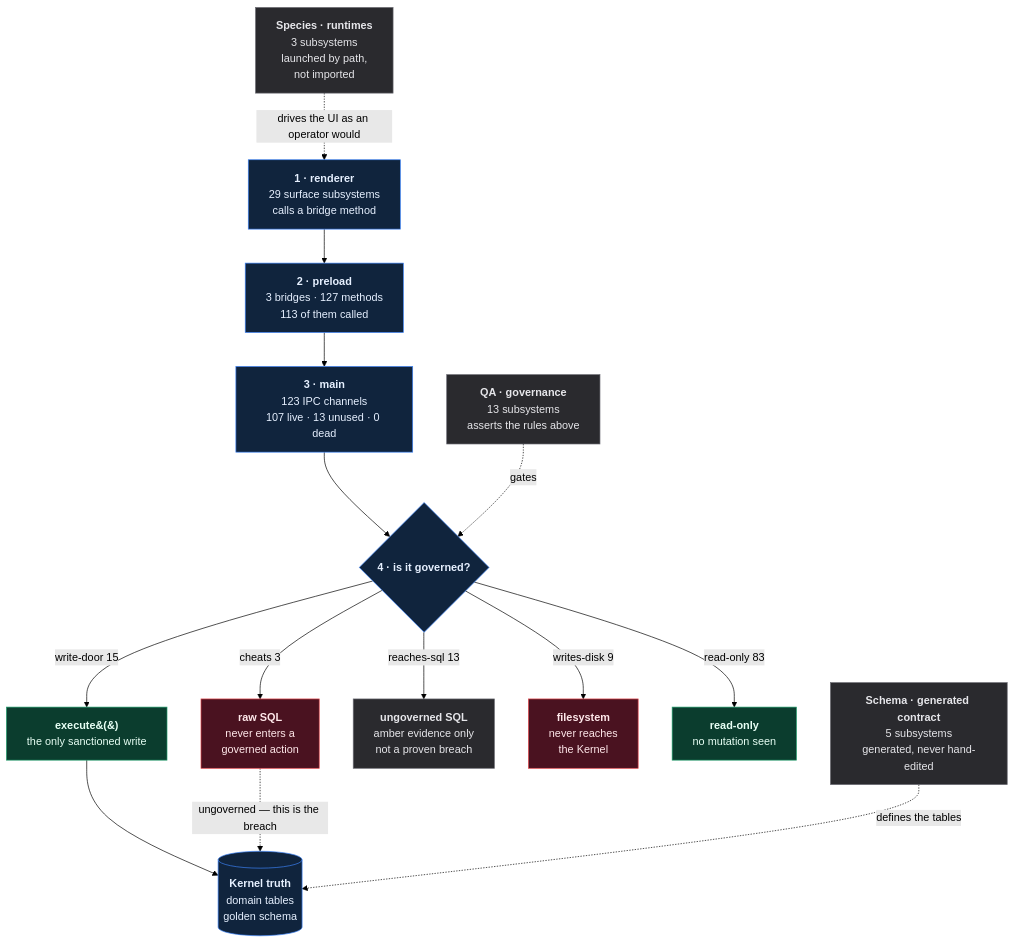
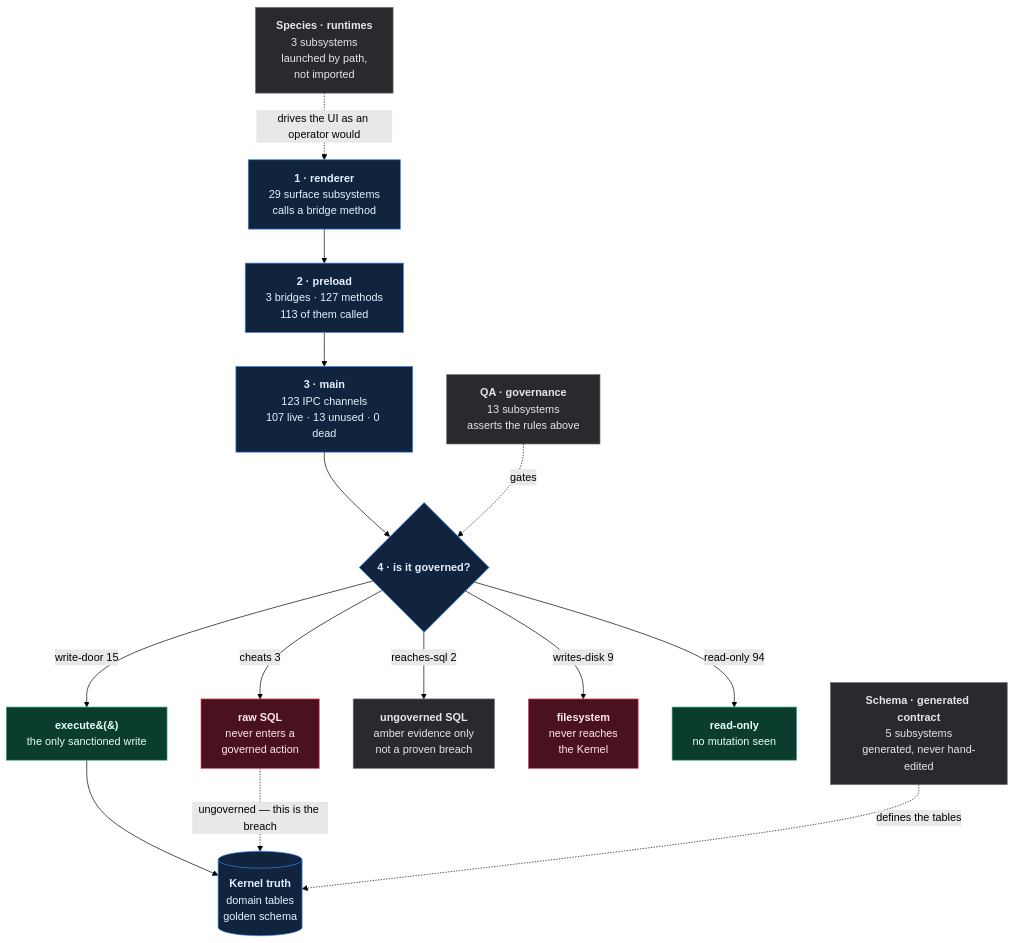
Before and after one commit to SidNig21/QuantFlow-Ontology: the diagram in qf-atlas/ATLAS.md, drawn with Mermaid (forest theme). The commit also changed other lines of this file and 6 other files, not shown here.

````diff
--- a/qf-atlas/ATLAS.md
+++ b/qf-atlas/ATLAS.md
@@ -32,38 +32,38 @@
 ```mermaid
 flowchart TD
   R["<b>1 · renderer</b><br/>29 surface subsystems<br/>calls a bridge method"]
   P["<b>2 · preload</b><br/>3 bridges · 127 methods<br/>113 of them called"]
   M["<b>3 · main</b><br/>123 IPC channels<br/>107 live · 13 unused · 0 dead"]
   H{"<b>4 · is it governed?</b>"}
   E["<b>execute&#40;&#41;</b><br/>the only sanctioned write"]
   DB[("<b>Kernel truth</b><br/>domain tables<br/>golden schema")]
 
   R --> P --> M --> H
   H -->|"write-door 15"| E
   E --> DB
   X["<b>raw SQL</b><br/>never enters a<br/>governed action"]
   H -->|"cheats 3"| X
   A["<b>ungoverned SQL</b><br/>amber evidence only<br/>not a proven breach"]
-  H -->|"reaches-sql 13"| A
+  H -->|"reaches-sql 2"| A
   FS["<b>filesystem</b><br/>never reaches<br/>the Kernel"]
   H -->|"writes-disk 9"| FS
   RO["<b>read-only</b><br/>no mutation seen"]
-  H -->|"read-only 83"| RO
+  H -->|"read-only 94"| RO
   X -.->|"ungoverned — this is the breach"| DB
 
   QA["<b>QA · governance</b><br/>13 subsystems<br/>asserts the rules above"]
   SP["<b>Species · runtimes</b><br/>3 subsystems<br/>launched by path,<br/>not imported"]
   SC["<b>Schema · generated contract</b><br/>5 subsystems<br/>generated, never hand-edited"]
   QA -.->|"gates"| H
   SC -.->|"defines the tables"| DB
   SP -.->|"drives the UI as an operator would"| R
 
   classDef good fill:#0b3d2e,stroke:#1f9d6b,color:#e8fff5
   classDef bad fill:#4a1220,stroke:#e5484d,color:#ffe8ea
   classDef gray fill:#2a2a2e,stroke:#6b6b73,color:#e6e6ea
   classDef truth fill:#10243d,stroke:#3b82f6,color:#e6f0ff
   class E,RO good
   class X,FS bad
   class A,QA,SP,SC gray
   class DB,R,P,M,H truth
 ```
````
